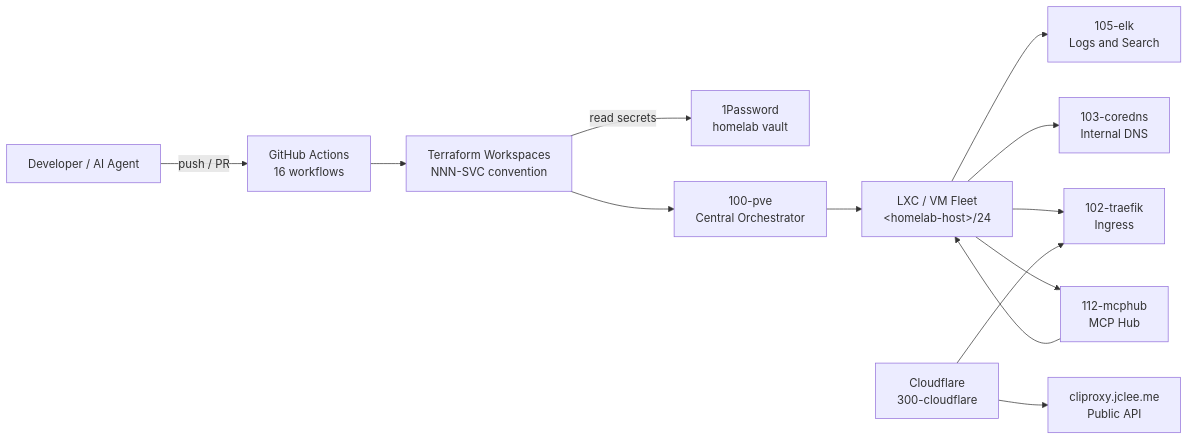
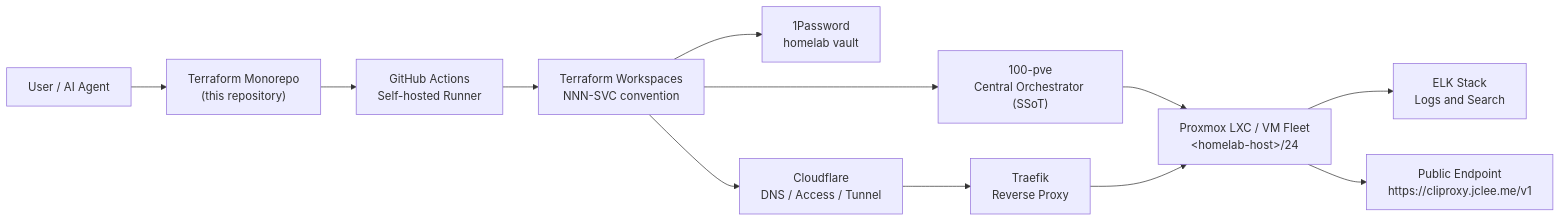
The first of 2 diagrams in README.md (jclee941/terraform), drawn with Mermaid before and after one commit. The commit also changed other lines of this file, not shown here.

````diff
--- a/README.md
+++ b/README.md
@@ -72,15 +76,14 @@
 ```mermaid
 flowchart LR
-  Dev["Developer / AI Agent"] -->|push / PR| GA["GitHub Actions<br/>16 workflows"]
-  GA --> TF["Terraform Workspaces<br/>NNN-SVC convention"]
-  TF -->|read secrets| OP["1Password<br/>homelab vault"]
-  TF --> PVE["100-pve<br/>Central Orchestrator"]
-  PVE --> Fleet["LXC / VM Fleet<br/>&lt;homelab-host&gt;/24"]
-  Fleet --> ELK["105-elk<br/>Logs and Search"]
-  Fleet --> DNS["103-coredns<br/>Internal DNS"]
-  Fleet --> Traefik["102-traefik<br/>Ingress"]
-  Fleet --> MCP["112-mcphub<br/>MCP Hub"]
-  CF["Cloudflare<br/>300-cloudflare"] --> Traefik
-  CF --> API["cliproxy.jclee.me<br/>Public API"]
-  MCP --> Fleet
+  Agent["User / AI Agent"] --> Repo["Terraform Monorepo<br/>(this repository)"]
+  Repo --> CI["GitHub Actions<br/>Self-hosted Runner"]
+  CI --> TF["Terraform Workspaces<br/>NNN-SVC convention"]
+  TF --> PVE["100-pve<br/>Central Orchestrator (SSoT)"]
+  PVE --> Fleet["Proxmox LXC / VM Fleet<br/>&lt;homelab-host&gt;/24"]
+  TF --> OP["1Password<br/>homelab vault"]
+  TF --> CF["Cloudflare<br/>DNS / Access / Tunnel"]
+  Fleet --> ELK["ELK Stack<br/>Logs and Search"]
+  CF --> Traefik["Traefik<br/>Reverse Proxy"]
+  Traefik --> Fleet
+  Fleet --> Public["Public Endpoint<br/>https://cliproxy.jclee.me/v1"]
 ```
````
